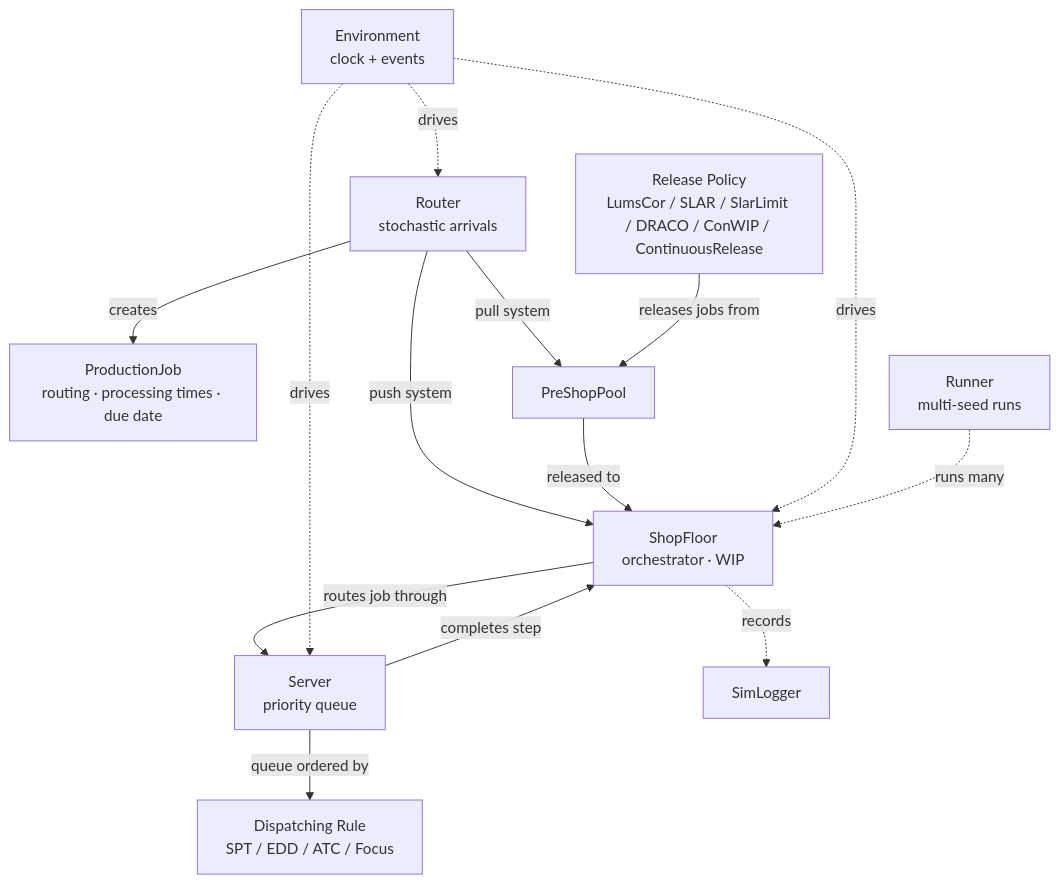
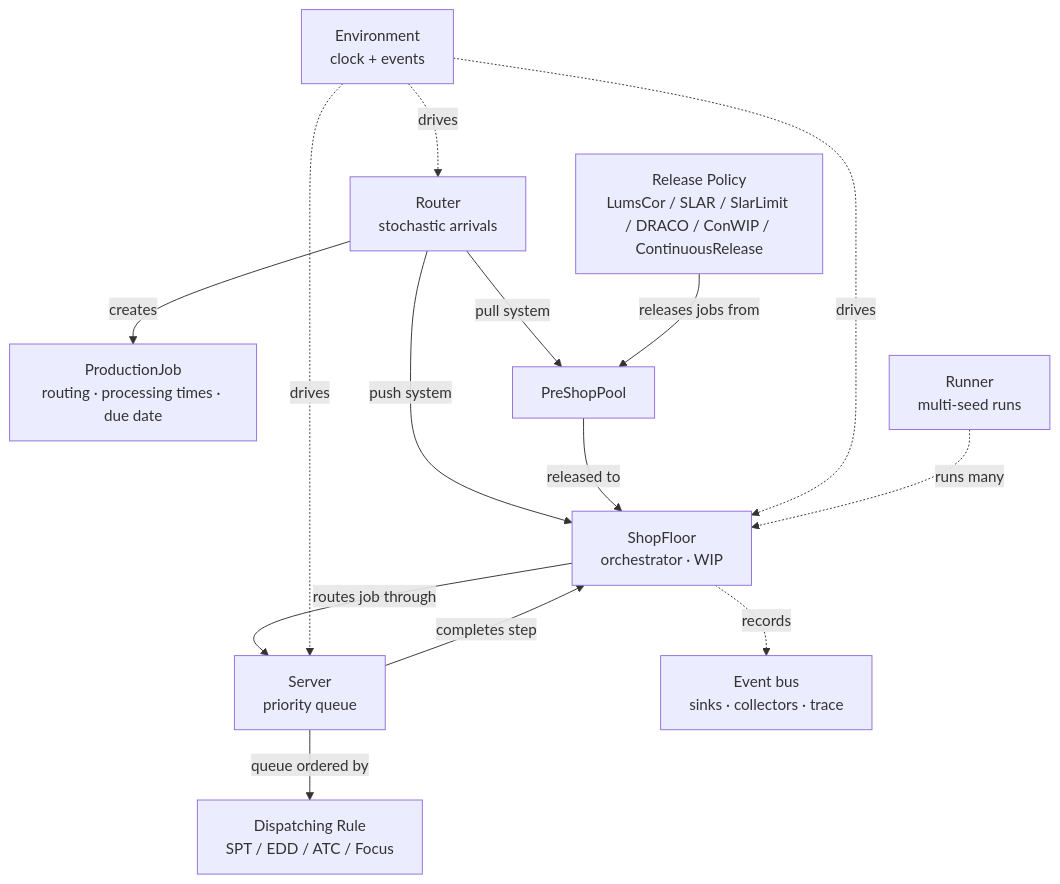
The first of 2 diagrams in docs/introduction/architecture.md (dmezzogori/simulatte), drawn with Mermaid before and after one commit. The commit also changed other lines of this file and 225 other files, not shown here.

````diff
--- a/docs/introduction/architecture.md
+++ b/docs/introduction/architecture.md
@@ -9,27 +9,27 @@
 ```mermaid
 graph TD
     Env["Environment<br/>clock + events"]
     Router["Router<br/>stochastic arrivals"]
     Job["ProductionJob<br/>routing · processing times · due date"]
     PSP["PreShopPool"]
     RP["Release Policy<br/>LumsCor / SLAR / SlarLimit / DRACO / ConWIP / ContinuousRelease"]
     SF["ShopFloor<br/>orchestrator · WIP"]
     S["Server<br/>priority queue"]
     DR["Dispatching Rule<br/>SPT / EDD / ATC / Focus"]
     Runner["Runner<br/>multi-seed runs"]
-    Log["SimLogger"]
+    Log["Event bus<br/>sinks · collectors · trace"]
 
     Router -->|creates| Job
     Router -->|pull system| PSP
     Router -->|push system| SF
     RP -->|releases jobs from| PSP
     PSP -->|released to| SF
     SF -->|routes job through| S
     S -->|queue ordered by| DR
     S -->|completes step| SF
     Env -.drives.-> Router
     Env -.drives.-> SF
     Env -.drives.-> S
     SF -.records.-> Log
     Runner -.runs many.-> SF
 ```
````
